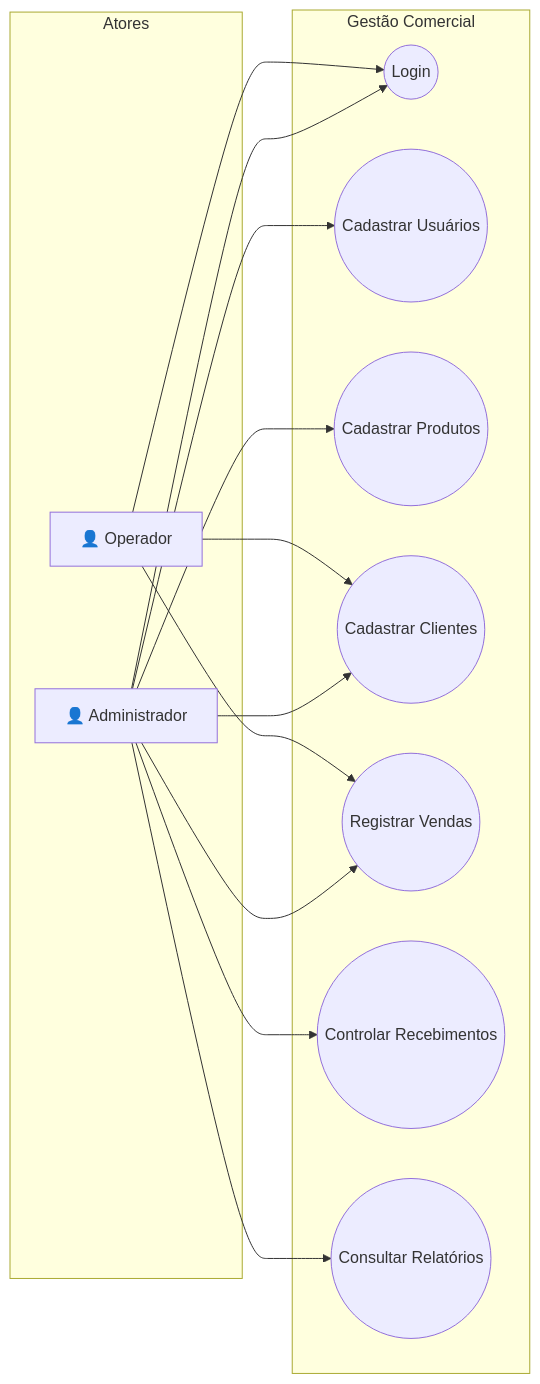
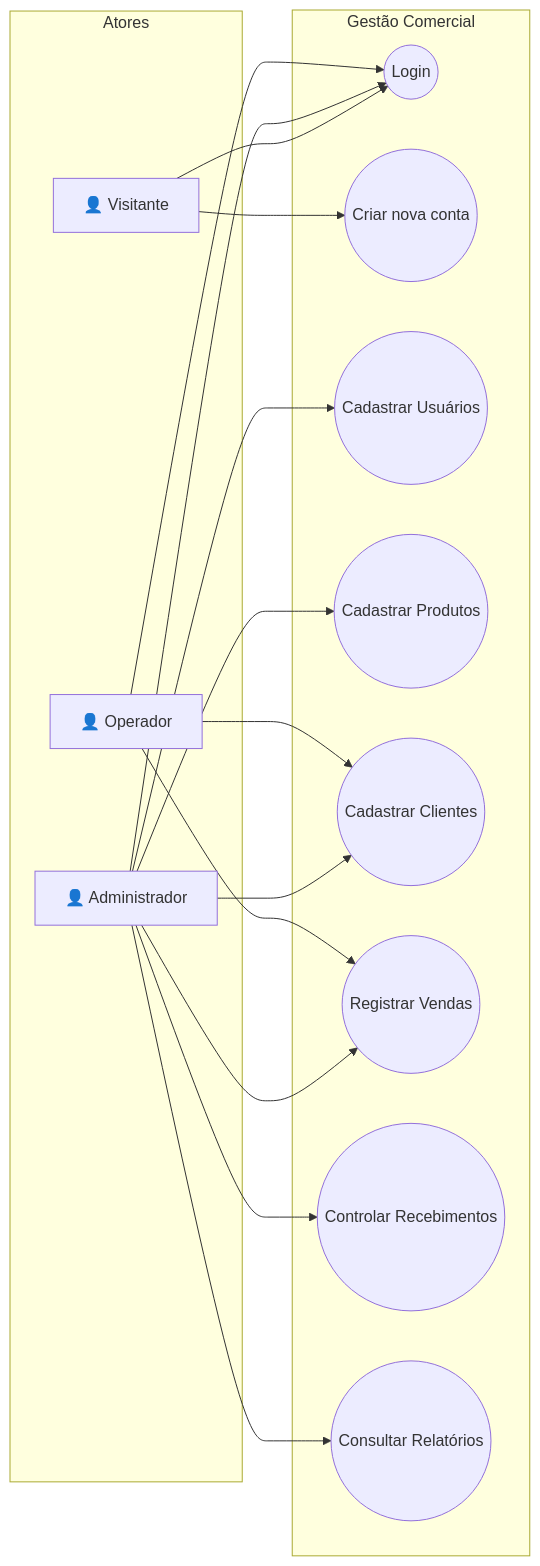
One commit to EduardoHenrrykSimonato/sistema-gestao-comercial changed the first of 9 diagrams in documentacao/DIAGRAMAS.md. Above: the diagram before and after it, drawn with Mermaid. The commit also changed other lines of this file and 16 other files, not shown here.

Commit message:
feat: validacoes de campos e cadastro de conta no login

````diff
--- a/documentacao/DIAGRAMAS.md
+++ b/documentacao/DIAGRAMAS.md
@@ -5,29 +5,34 @@
 ```mermaid
 flowchart LR
     subgraph Atores
+        Visitante["👤 Visitante"]
         Admin["👤 Administrador"]
         Op["👤 Operador"]
     end
 
     subgraph Sistema ["Gestão Comercial"]
         UC_Login(("Login"))
+        UC_CriarConta(("Criar nova conta"))
         UC_CadUsu(("Cadastrar Usuários"))
         UC_CadProd(("Cadastrar Produtos"))
         UC_CadCli(("Cadastrar Clientes"))
         UC_Venda(("Registrar Vendas"))
         UC_Receber(("Controlar Recebimentos"))
         UC_Relat(("Consultar Relatórios"))
     end
+
+    Visitante --> UC_Login
+    Visitante --> UC_CriarConta
 
     Admin --> UC_Login
     Admin --> UC_CadUsu
     Admin --> UC_CadProd
     Admin --> UC_CadCli
     Admin --> UC_Venda
     Admin --> UC_Receber
     Admin --> UC_Relat
 
     Op --> UC_Login
     Op --> UC_CadCli
     Op --> UC_Venda
 ```
````
